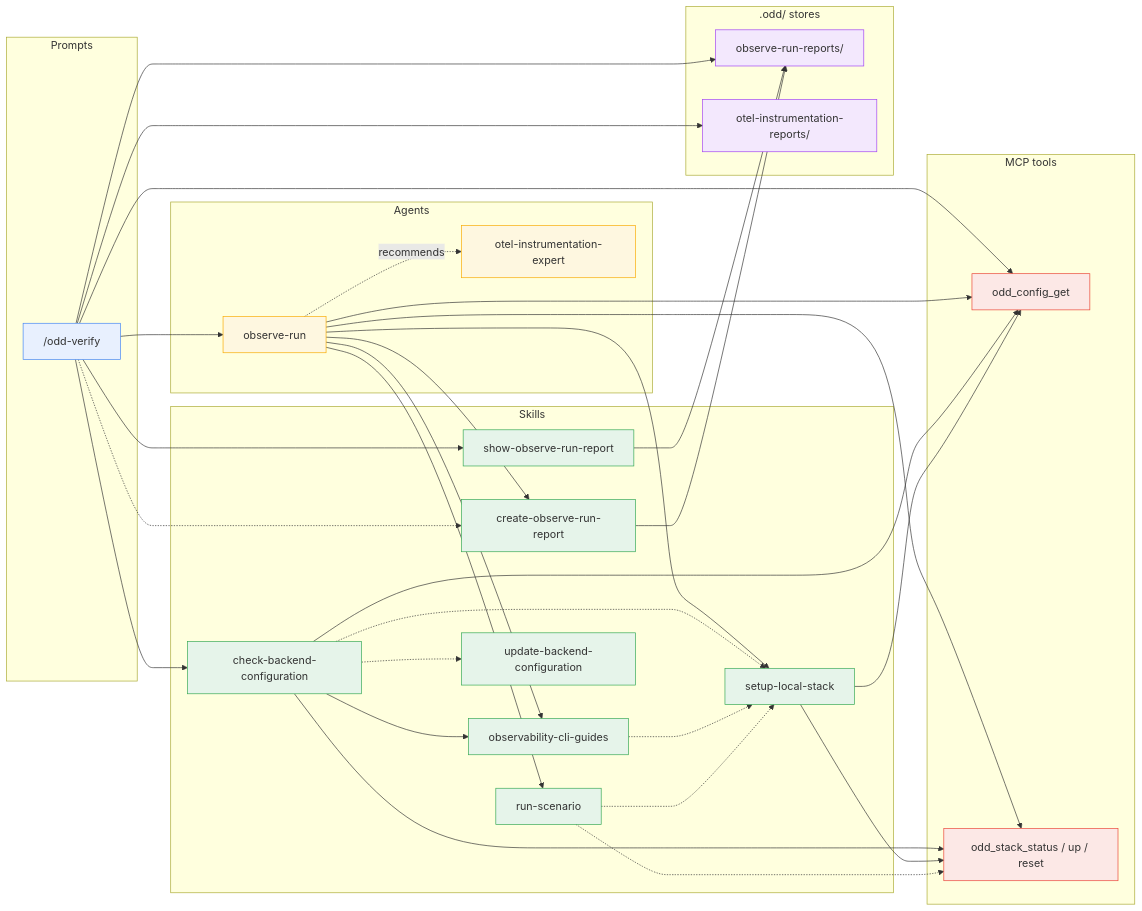
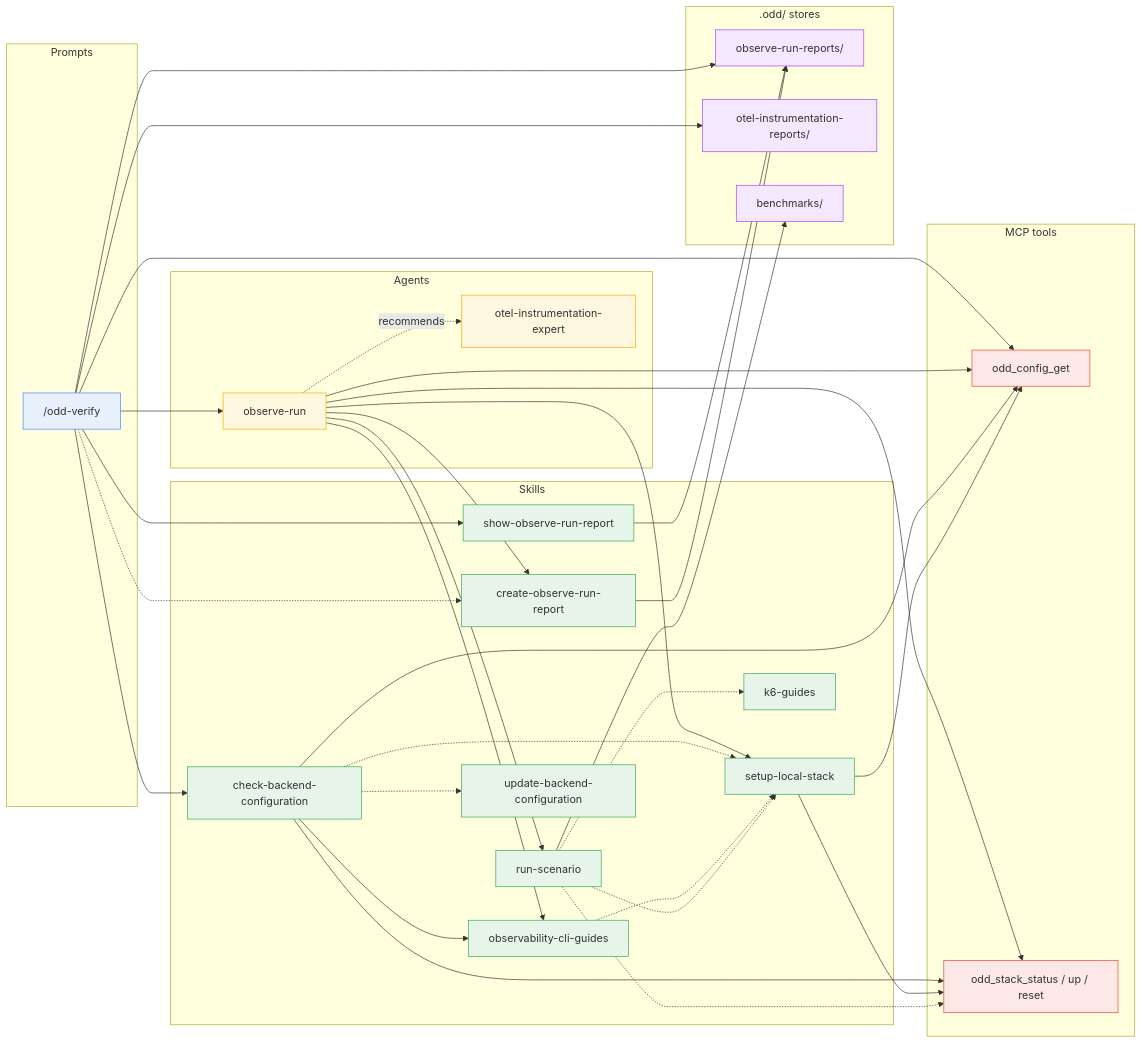
Before and after one commit to using-system/oddyssey: the fourth of 7 diagrams in docs/guide/dependencies.md, drawn with Mermaid. The commit also changed other lines of this file and 9 other files, not shown here.

````diff
--- a/docs/guide/dependencies.md
+++ b/docs/guide/dependencies.md
@@ -241,72 +246,76 @@
 ```mermaid
 flowchart LR
   subgraph Prompts
     verify["/odd-verify"]
   end
 
   subgraph Agents
     runner[observe-run]
     expert[otel-instrumentation-expert]
   end
 
   subgraph Skills
     cbc[check-backend-configuration]
     ocg[observability-cli-guides]
     sls[setup-local-stack]
     rs[run-scenario]
+    kg[k6-guides]
     corr[create-observe-run-report]
     sorr[show-observe-run-report]
     ubc[update-backend-configuration]
   end
 
   subgraph MCP["MCP tools"]
     cfgget[odd_config_get]
     stack[odd_stack_status / up / reset]
   end
 
   subgraph Stores[".odd/ stores"]
     obsdir[observe-run-reports/]
     insdir[otel-instrumentation-reports/]
+    benchdir[benchmarks/]
   end
 
   verify --> runner
   verify --> cbc
   verify --> sorr
   verify --> cfgget
   verify -.-> corr
   verify --> obsdir
   verify --> insdir
   sorr --> obsdir
 
   runner --> ocg
   runner --> sls
   runner --> rs
   runner --> corr
   runner --> cfgget
   runner --> stack
   runner -. recommends .-> expert
 
   cbc -.-> sls
   cbc -.-> ubc
   cbc --> ocg
   cbc --> cfgget
   cbc --> stack
   ocg -.-> sls
   sls --> cfgget
   sls --> stack
   rs -.-> stack
   rs -.-> sls
+  rs -.-> kg
+  rs --> benchdir
 
   corr --> obsdir
 
   classDef prompt fill:#e8f0fe,stroke:#4285f4
   classDef agent fill:#fef7e0,stroke:#f9ab00
   classDef skill fill:#e6f4ea,stroke:#34a853
   classDef mcp fill:#fce8e6,stroke:#ea4335
   classDef store fill:#f3e8fd,stroke:#a142f4
   class verify prompt
   class runner,expert agent
-  class cbc,ocg,sls,rs,corr,sorr,ubc skill
+  class cbc,ocg,sls,rs,kg,corr,sorr,ubc skill
   class cfgget,stack mcp
-  class obsdir,insdir store
+  class obsdir,insdir,benchdir store
 ```
````
